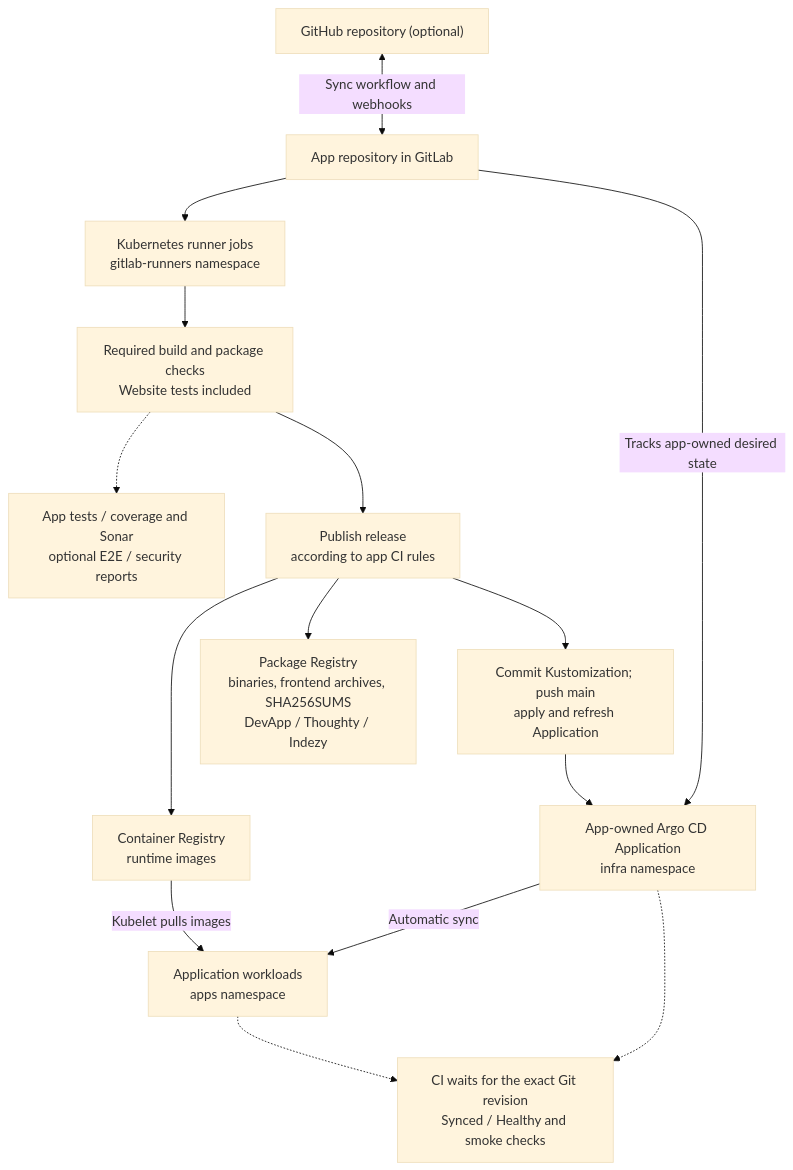
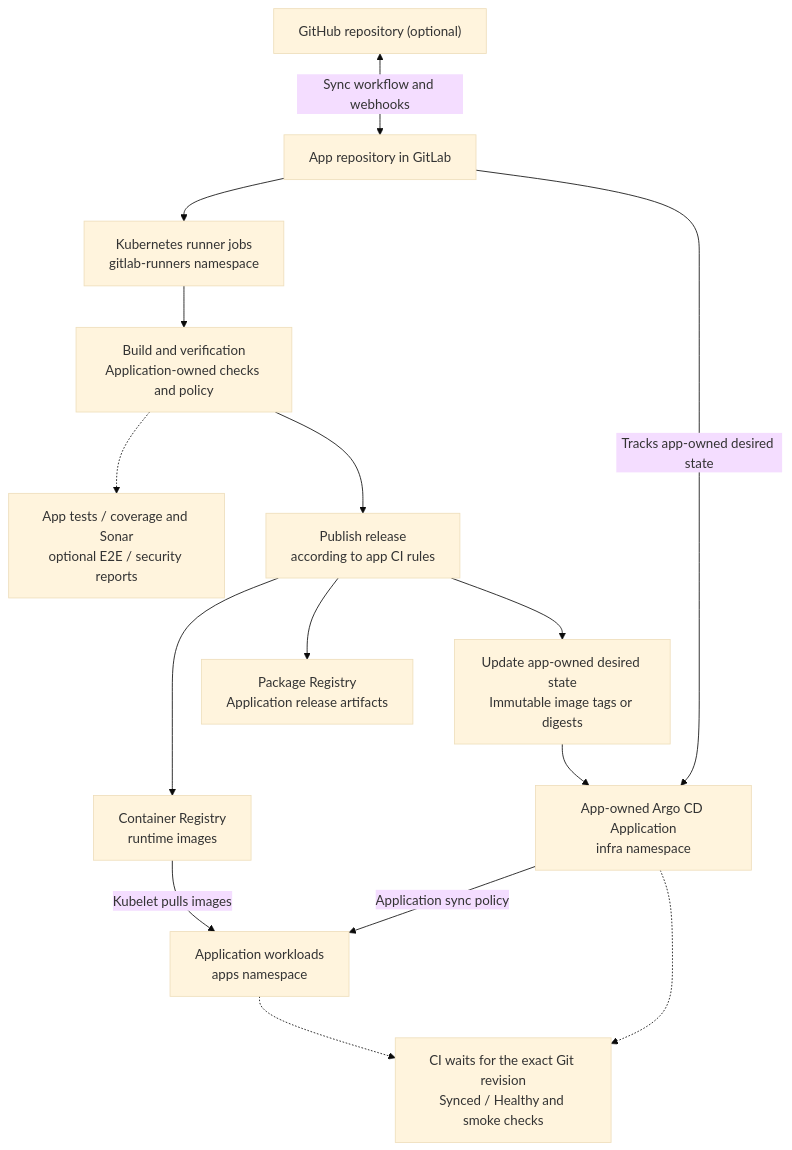
The first of 2 diagrams in docs/delivery.md (chefzaid/bm-cluster), drawn with Mermaid (base theme) before and after one commit. The commit also changed other lines of this file and 88 other files, not shown here.

````diff
--- a/docs/delivery.md
+++ b/docs/delivery.md
@@ -43,19 +38,19 @@
 ```mermaid
 flowchart TB
     accTitle: Application CI and GitOps delivery
     accDescr: App CI publishes outputs and commits image selection to Git; app-owned Argo Applications reconcile workloads and CI verifies rollout.
     GitHub["GitHub repository (optional)"] <-->|"Sync workflow and webhooks"| GitLab["App repository in GitLab"]
     GitLab --> Runner["Kubernetes runner jobs<br/>gitlab-runners namespace"]
-    Runner --> Build["Required build and package checks<br/>Website tests included"]
+    Runner --> Build["Build and verification<br/>Application-owned checks and policy"]
     Build -.-> Reports["App tests / coverage and Sonar<br/>optional E2E / security reports"]
     Build --> Publish["Publish release<br/>according to app CI rules"]
     Publish --> Images["Container Registry<br/>runtime images"]
-    Publish --> Packages["Package Registry<br/>binaries, frontend archives, SHA256SUMS<br/>DevApp / Thoughty / Indezy"]
-    Publish --> Commit["Commit Kustomization; push main<br/>apply and refresh Application"]
+    Publish --> Packages["Package Registry<br/>Application release artifacts"]
+    Publish --> Commit["Update app-owned desired state<br/>Immutable image tags or digests"]
     GitLab -->|"Tracks app-owned desired state"| Argo["App-owned Argo CD Application<br/>infra namespace"]
     Commit --> Argo
-    Argo -->|"Automatic sync"| Apps["Application workloads<br/>apps namespace"]
+    Argo -->|"Application sync policy"| Apps["Application workloads<br/>apps namespace"]
     Images -->|"Kubelet pulls images"| Apps
     Apps -.-> Verify["CI waits for the exact Git revision<br/>Synced / Healthy and smoke checks"]
     Argo -.-> Verify
 ```
````
